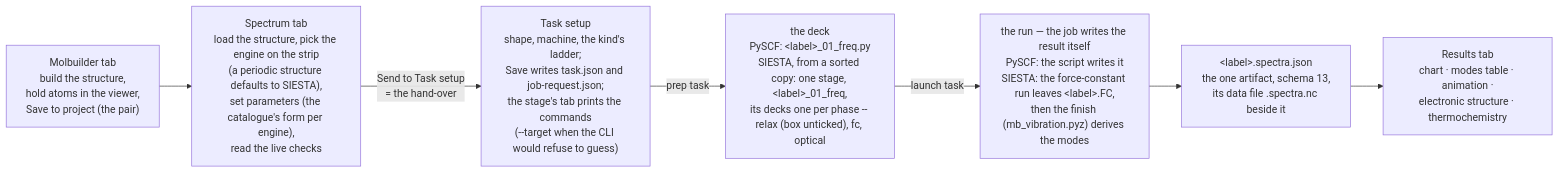
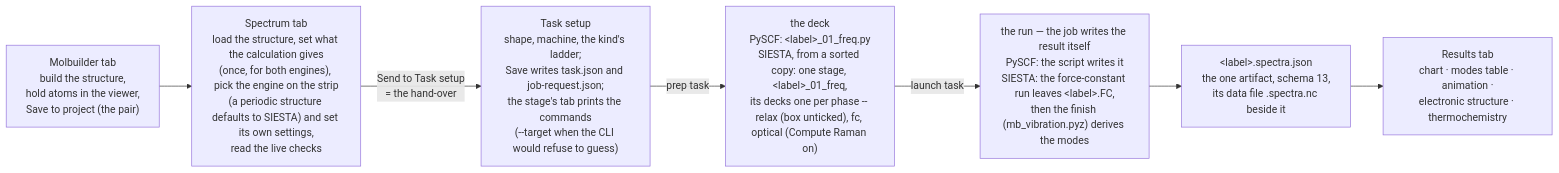
One commit to Qing-LAB/molbuilder changed the first of 2 diagrams in docs/engines/vibration.md. Above: the diagram before and after it, drawn with Mermaid. The commit also changed other lines of this file and 82 other files, not shown here.

````diff
--- a/docs/engines/vibration.md
+++ b/docs/engines/vibration.md
@@ -195,9 +195,9 @@
 ```mermaid
 flowchart LR
-  M["Molbuilder tab<br/>build the structure,<br/>hold atoms in the viewer,<br/>Save to project (the pair)"] --> S["Spectrum tab<br/>load the structure, pick the engine on the strip<br/>(a periodic structure defaults to SIESTA),<br/>set parameters (the catalogue's form per engine),<br/>read the live checks"]
+  M["Molbuilder tab<br/>build the structure,<br/>hold atoms in the viewer,<br/>Save to project (the pair)"] --> S["Spectrum tab<br/>load the structure, set what the calculation gives<br/>(once, for both engines), pick the engine on the strip<br/>(a periodic structure defaults to SIESTA) and set its own settings,<br/>read the live checks"]
   S -->|"Send to Task setup<br/>= the hand-over"| T["Task setup<br/>shape, machine, the kind's ladder;<br/>Save writes task.json and job-request.json;<br/>the stage's tab prints the commands<br/>(--target when the CLI would refuse to guess)"]
-  T -->|"prep task"| P["the deck<br/>PySCF: &lt;label&gt;_01_freq.py<br/>SIESTA, from a sorted copy: one stage, &lt;label&gt;_01_freq,<br/>its decks one per phase -- relax (box unticked), fc, optical"]
+  T -->|"prep task"| P["the deck<br/>PySCF: &lt;label&gt;_01_freq.py<br/>SIESTA, from a sorted copy: one stage, &lt;label&gt;_01_freq,<br/>its decks one per phase -- relax (box unticked), fc, optical (Compute Raman on)"]
   P -->|"launch task"| R["the run — the job writes the result itself<br/>PySCF: the script writes it<br/>SIESTA: the force-constant run leaves &lt;label&gt;.FC,<br/>then the finish (mb_vibration.pyz) derives the modes"]
   R --> A["&lt;label&gt;.spectra.json<br/>the one artifact, schema 13,<br/>its data file .spectra.nc beside it"]
   A --> V["Results tab<br/>chart · modes table · animation ·<br/>electronic structure · thermochemistry"]
 ```
````
